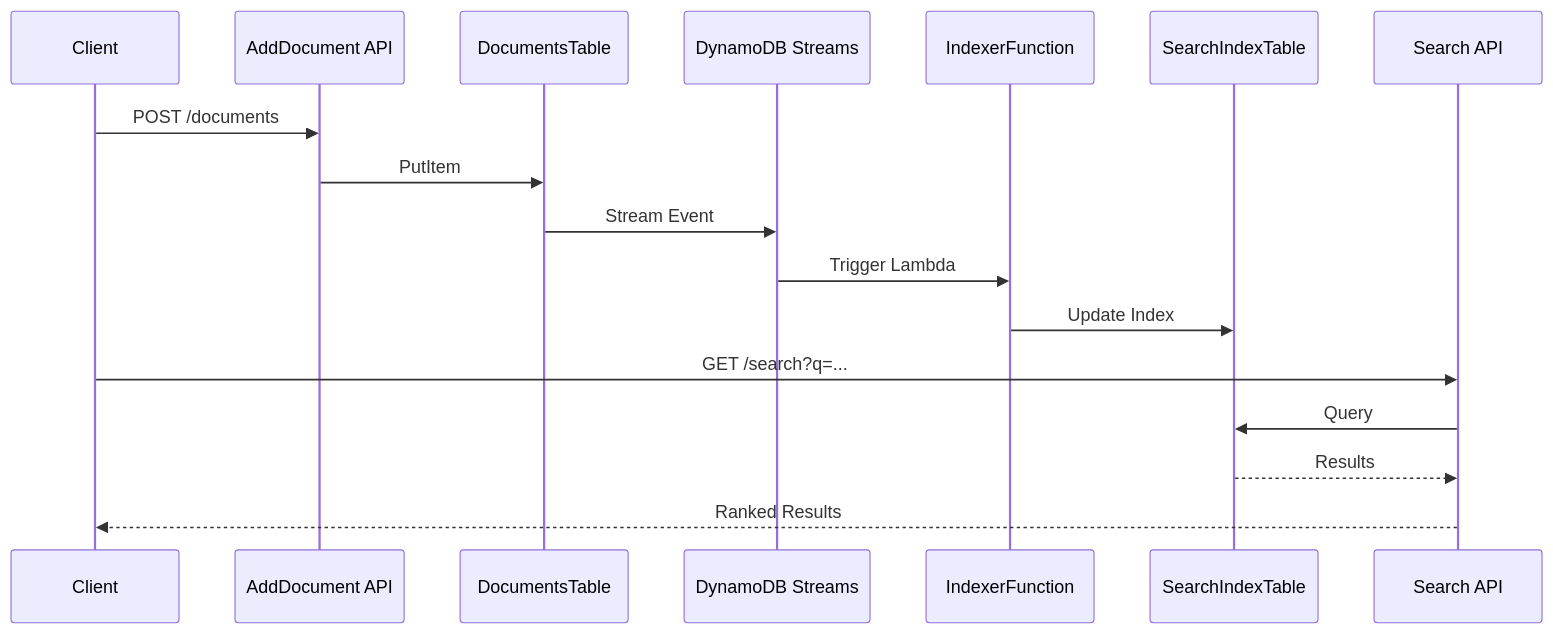
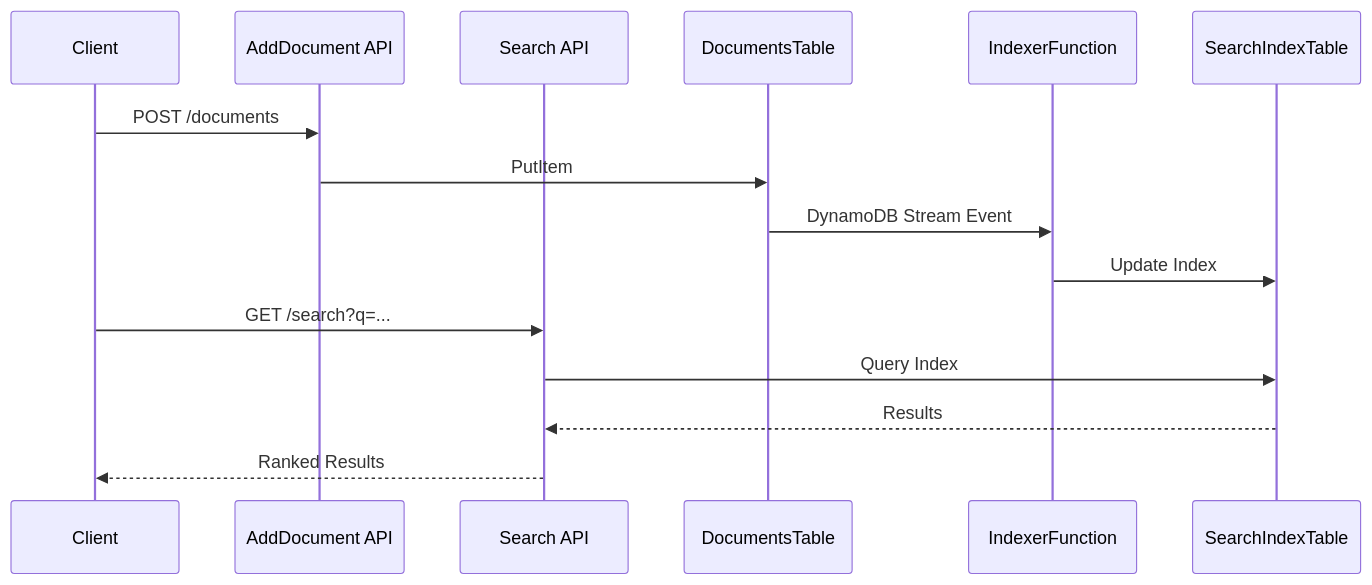
The diagram in docs/guide/sam-example.md (maruyamaworks/dynamosearch), drawn with Mermaid before and after one commit. The commit also changed other lines of this file and 3 other files, not shown here.

````diff
--- a/docs/guide/sam-example.md
+++ b/docs/guide/sam-example.md
@@ -110,21 +110,19 @@
 ```mermaid
 sequenceDiagram
     participant Client
     participant AddAPI as AddDocument API
+    participant SearchAPI as Search API
     participant DB as DocumentsTable
-    participant Stream as DynamoDB Streams
     participant Indexer as IndexerFunction
     participant Index as SearchIndexTable
-    participant SearchAPI as Search API
 
     Client->>AddAPI: POST /documents
     AddAPI->>DB: PutItem
-    DB->>Stream: Stream Event
-    Stream->>Indexer: Trigger Lambda
+    DB->>Indexer: DynamoDB Stream Event
     Indexer->>Index: Update Index
 
     Client->>SearchAPI: GET /search?q=...
-    SearchAPI->>Index: Query
+    SearchAPI->>Index: Query Index
     Index-->>SearchAPI: Results
     SearchAPI-->>Client: Ranked Results
 ```
````
